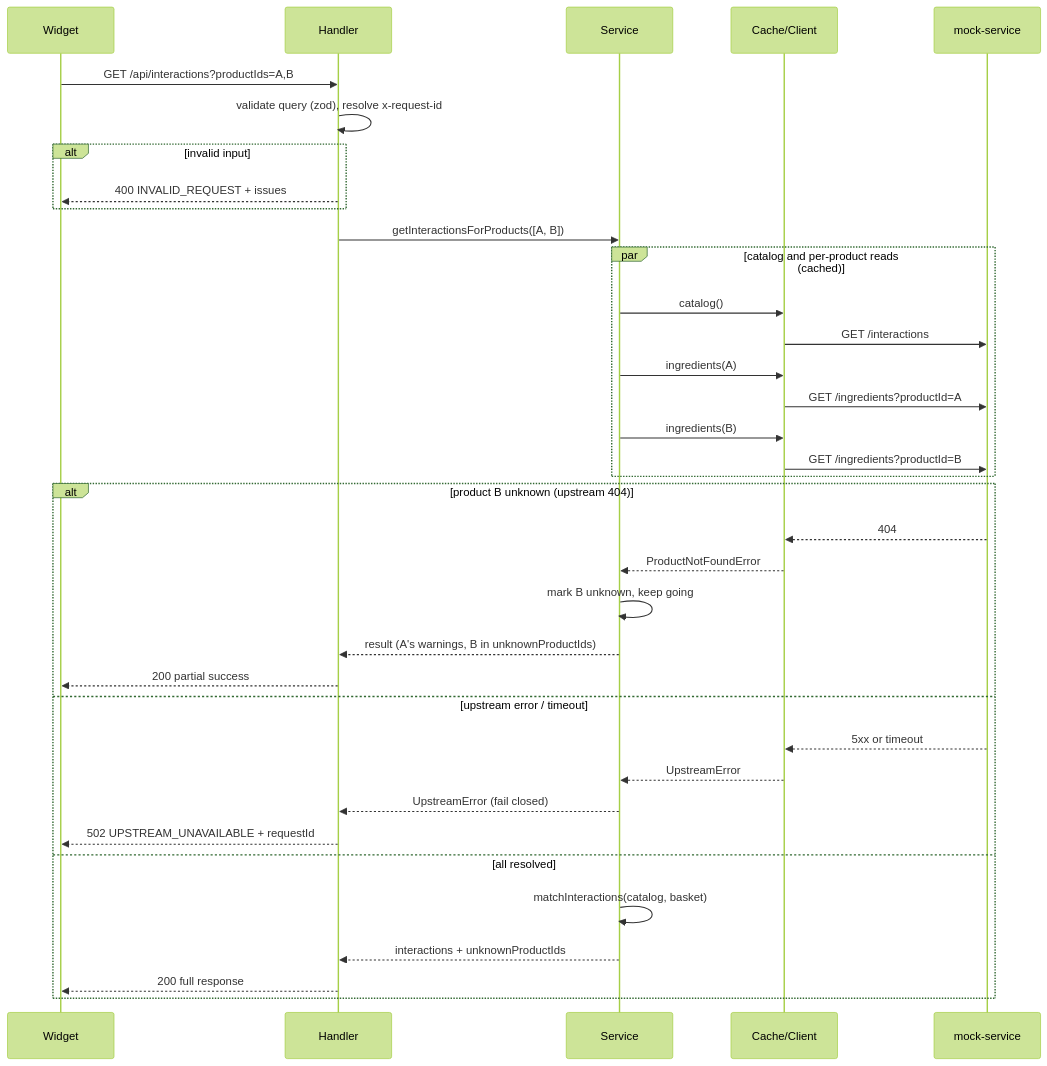
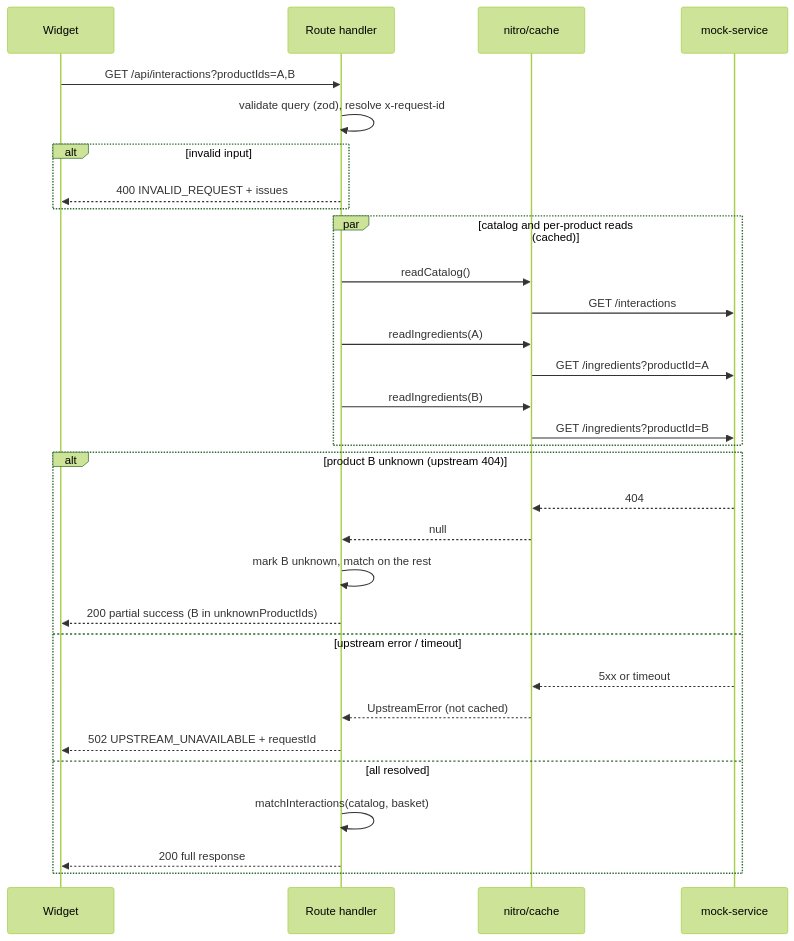
One commit to hkashlan/redcare-interactions changed the third of 3 diagrams in docs/architecture.md. Above: the diagram before and after it, drawn with Mermaid (forest theme). The commit also changed other lines of this file and 45 other files, not shown here.

````diff
--- a/docs/architecture.md
+++ b/docs/architecture.md
@@ -82,39 +84,34 @@
 ```mermaid
 sequenceDiagram
     participant W as Widget
-    participant H as Handler
-    participant S as Service
-    participant C as Cache/Client
+    participant R as Route handler
+    participant C as nitro/cache
     participant M as mock-service
 
-    W->>H: GET /api/interactions?productIds=A,B
-    H->>H: validate query (zod), resolve x-request-id
+    W->>R: GET /api/interactions?productIds=A,B
+    R->>R: validate query (zod), resolve x-request-id
     alt invalid input
-        H-->>W: 400 INVALID_REQUEST + issues
+        R-->>W: 400 INVALID_REQUEST + issues
     end
-    H->>S: getInteractionsForProducts([A, B])
     par catalog and per-product reads (cached)
-        S->>C: catalog()
+        R->>C: readCatalog()
         C->>M: GET /interactions
-        S->>C: ingredients(A)
+        R->>C: readIngredients(A)
         C->>M: GET /ingredients?productId=A
-        S->>C: ingredients(B)
+        R->>C: readIngredients(B)
         C->>M: GET /ingredients?productId=B
     end
     alt product B unknown (upstream 404)
         M-->>C: 404
-        C-->>S: ProductNotFoundError
-        S->>S: mark B unknown, keep going
-        S-->>H: result (A's warnings, B in unknownProductIds)
-        H-->>W: 200 partial success
+        C-->>R: null
+        R->>R: mark B unknown, match on the rest
+        R-->>W: 200 partial success (B in unknownProductIds)
     else upstream error / timeout
         M-->>C: 5xx or timeout
-        C-->>S: UpstreamError
-        S-->>H: UpstreamError (fail closed)
-        H-->>W: 502 UPSTREAM_UNAVAILABLE + requestId
+        C-->>R: UpstreamError (not cached)
+        R-->>W: 502 UPSTREAM_UNAVAILABLE + requestId
     else all resolved
-        S->>S: matchInteractions(catalog, basket)
-        S-->>H: interactions + unknownProductIds
-        H-->>W: 200 full response
+        R->>R: matchInteractions(catalog, basket)
+        R-->>W: 200 full response
     end
 ```
````
